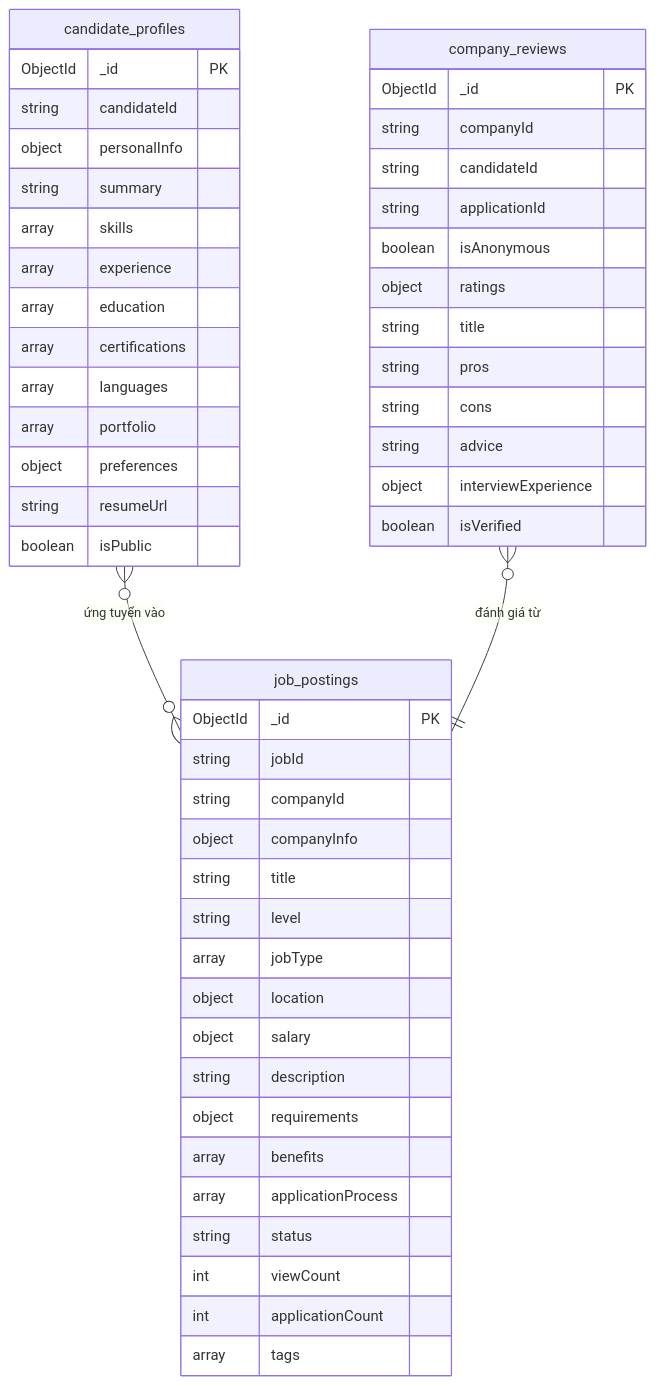
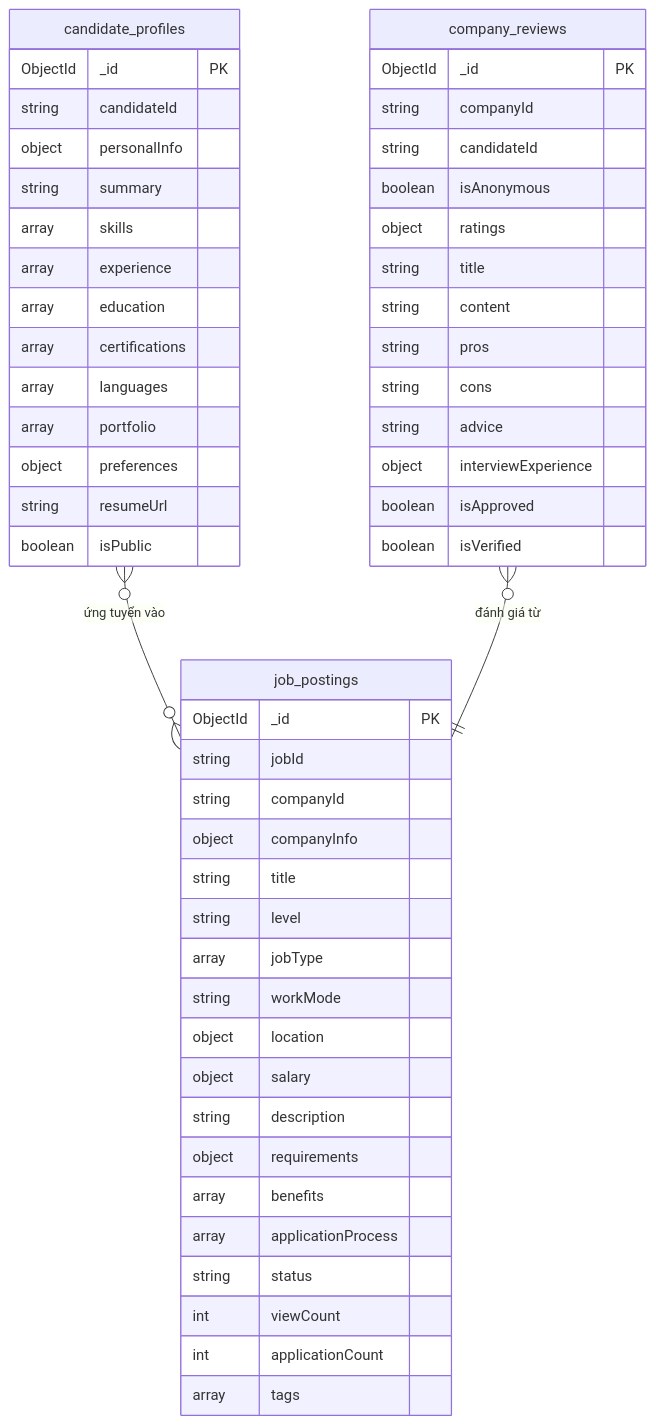
One commit to AnnBuiii/csdlnc changed the second of 4 diagrams in BaoCao_DoAn_HeThongTuyenDungThongMinh.md. Above: the diagram before and after it, drawn with Mermaid. The commit also changed other lines of this file and 20 other files, not shown here.

````diff
--- a/BaoCao_DoAn_HeThongTuyenDungThongMinh.md
+++ b/BaoCao_DoAn_HeThongTuyenDungThongMinh.md
@@ -375,54 +337,56 @@
 ```mermaid
 erDiagram
     candidate_profiles {
         ObjectId _id PK
         string candidateId
         object personalInfo
         string summary
         array skills
         array experience
         array education
         array certifications
         array languages
         array portfolio
         object preferences
         string resumeUrl
         boolean isPublic
     }
     job_postings {
         ObjectId _id PK
         string jobId
         string companyId
         object companyInfo
         string title
         string level
         array jobType
+        string workMode
         object location
         object salary
         string description
         object requirements
         array benefits
         array applicationProcess
         string status
         int viewCount
         int applicationCount
         array tags
     }
     company_reviews {
         ObjectId _id PK
         string companyId
         string candidateId
-        string applicationId
         boolean isAnonymous
         object ratings
         string title
+        string content
         string pros
         string cons
         string advice
         object interviewExperience
+        boolean isApproved
         boolean isVerified
     }
 
     candidate_profiles }o--o{ job_postings : "ứng tuyển vào"
     company_reviews }o--|| job_postings : "đánh giá từ"
 ```
````
